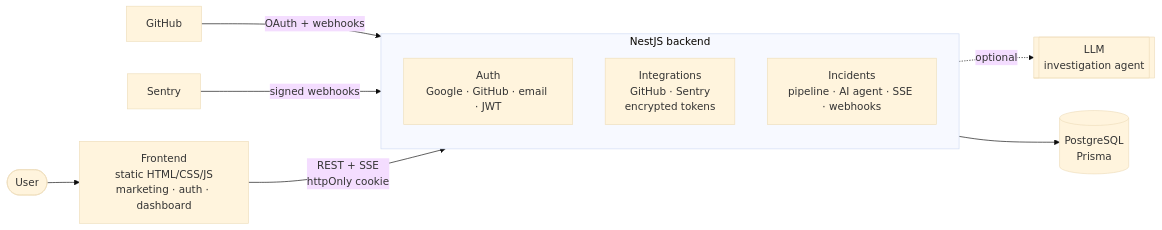
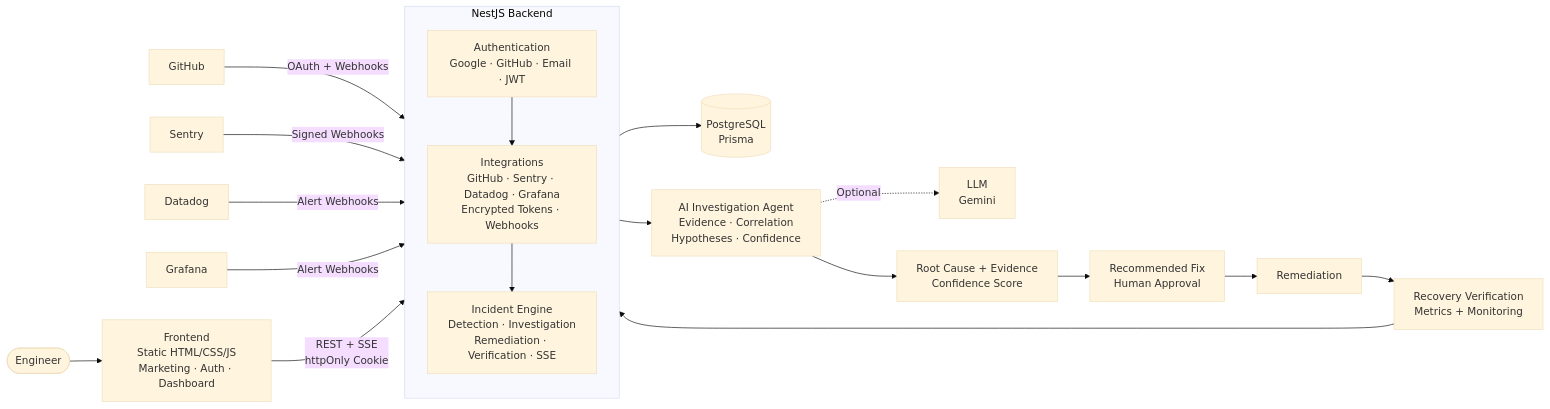
One commit to Manvi0408/Rootvector changed the diagram in README.md. Above: the diagram before and after it, drawn with Mermaid (base theme). The commit also changed other lines of this file, not shown here.

````diff
--- a/README.md
+++ b/README.md
@@ -19,17 +20,40 @@
 ```mermaid
 flowchart LR
-  U([User]) --> FE["Frontend<br/>static HTML/CSS/JS<br/>marketing · auth · dashboard"]
-  FE -->|"REST + SSE<br/>httpOnly cookie"| BE
+  U([Engineer]) --> FE["Frontend<br/>Static HTML/CSS/JS<br/>Marketing · Auth · Dashboard"]
 
-  subgraph BE["NestJS backend"]
+  FE -->|"REST + SSE<br/>httpOnly Cookie"| BE
+
+  subgraph BE["NestJS Backend"]
     direction TB
-    A["Auth<br/>Google · GitHub · email · JWT"]
-    I["Integrations<br/>GitHub · Sentry<br/>encrypted tokens"]
-    N["Incidents<br/>pipeline · AI agent · SSE · webhooks"]
+
+    A["Authentication<br/>Google · GitHub · Email · JWT"]
+
+    I["Integrations<br/>GitHub · Sentry · Datadog · Grafana<br/>Encrypted Tokens · Webhooks"]
+
+    N["Incident Engine<br/>Detection · Investigation<br/>Remediation · Verification · SSE"]
+
+    A --> I
+    I --> N
   end
 
   BE --> DB[("PostgreSQL<br/>Prisma")]
-  GH["GitHub"] -->|"OAuth + webhooks"| I
-  SEN["Sentry"] -->|"signed webhooks"| N
-  N -.->|"optional"| LLM[["LLM<br/>investigation agent"]]
+
+  GH["GitHub"] -->|"OAuth + Webhooks"| I
+  SEN["Sentry"] -->|"Signed Webhooks"| N
+  DD["Datadog"] -->|"Alert Webhooks"| N
+  GF["Grafana"] -->|"Alert Webhooks"| N
+
+  N --> AGENT["AI Investigation Agent<br/>Evidence · Correlation<br/>Hypotheses · Confidence"]
+
+  AGENT -.->|"Optional"| LLM["LLM<br/>Gemini"]
+
+  AGENT --> RCA["Root Cause + Evidence<br/>Confidence Score"]
+
+  RCA --> FIX["Recommended Fix<br/>Human Approval"]
+
+  FIX --> REM["Remediation"]
+
+  REM --> VERIFY["Recovery Verification<br/>Metrics + Monitoring"]
+
+  VERIFY --> N
 ```
````
